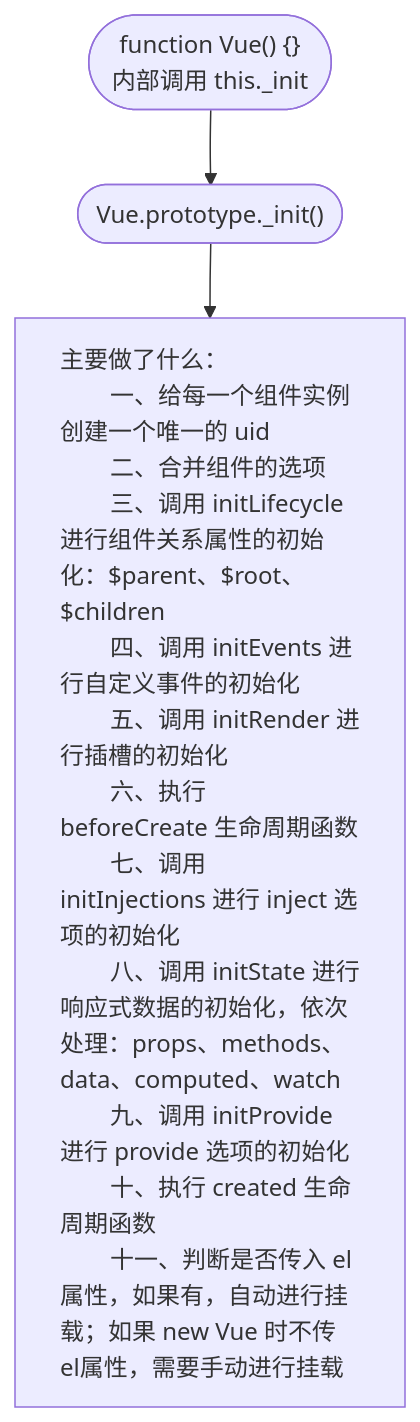
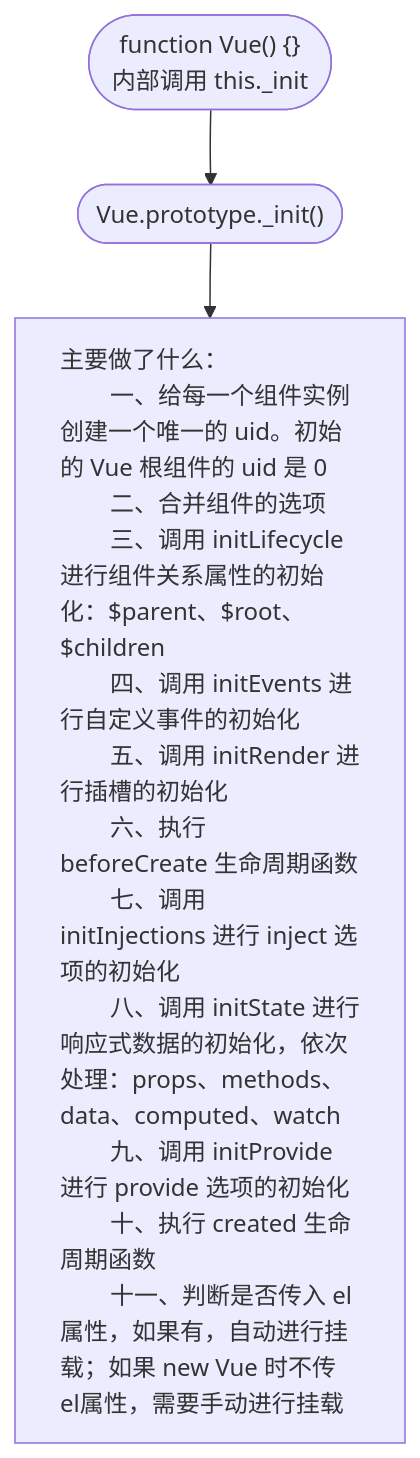
One commit to z-lunaticasylum/personalBlog changed the first of 3 diagrams in vueCore/vue2-core-1.md. Above: the diagram before and after it, drawn with Mermaid. The commit also changed other lines of this file and 8 other files, not shown here.

````diff
--- a/vueCore/vue2-core-1.md
+++ b/vueCore/vue2-core-1.md
@@ -3,20 +3,20 @@
 ```mermaid
 flowchart TB
         style C text-align:left;
         A(["function Vue() {}
         内部调用 this._init"]) -->
         B(["Vue.prototype._init()"]) -->
         C["主要做了什么：
-        一、给每一个组件实例创建一个唯一的 uid
+        一、给每一个组件实例创建一个唯一的 uid。初始的 Vue 根组件的 uid 是 0
         二、合并组件的选项
         三、调用 initLifecycle 进行组件关系属性的初始化：$parent、$root、$children
         四、调用 initEvents 进行自定义事件的初始化
         五、调用 initRender 进行插槽的初始化
         六、执行 beforeCreate 生命周期函数
         七、调用 initInjections 进行 inject 选项的初始化
         八、调用 initState 进行响应式数据的初始化，依次处理：props、methods、data、computed、watch
         九、调用 initProvide 进行 provide 选项的初始化
         十、执行 created 生命周期函数
         十一、判断是否传入 el 属性，如果有，自动进行挂载；如果 new Vue 时不传 el属性，需要手动进行挂载
         "]
 ```
````
